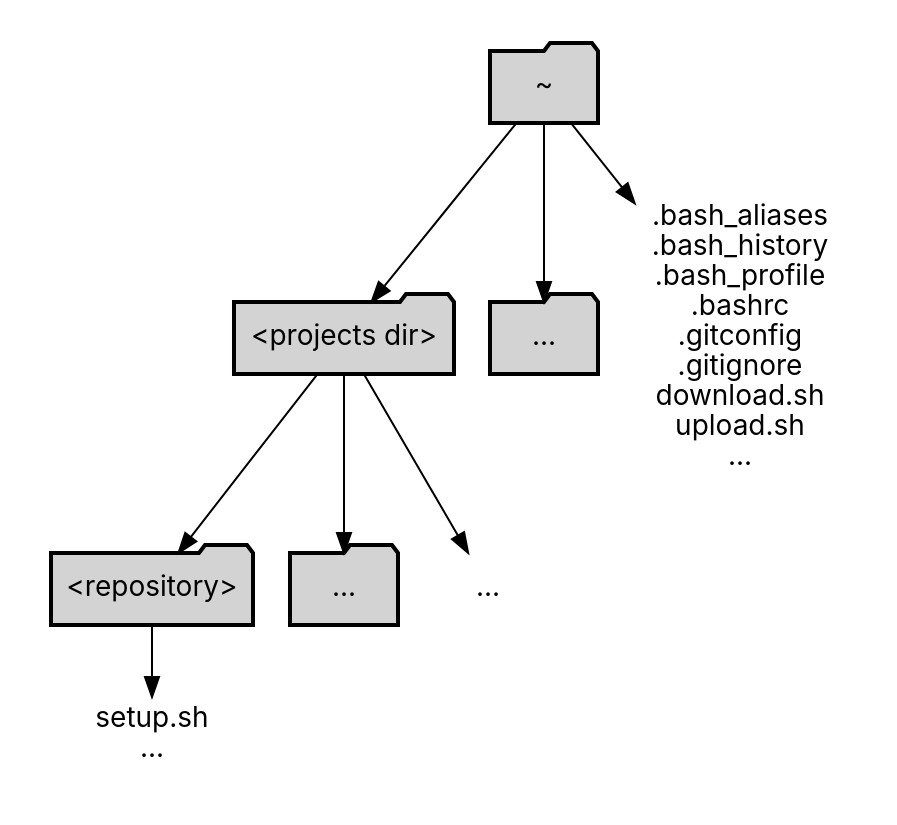
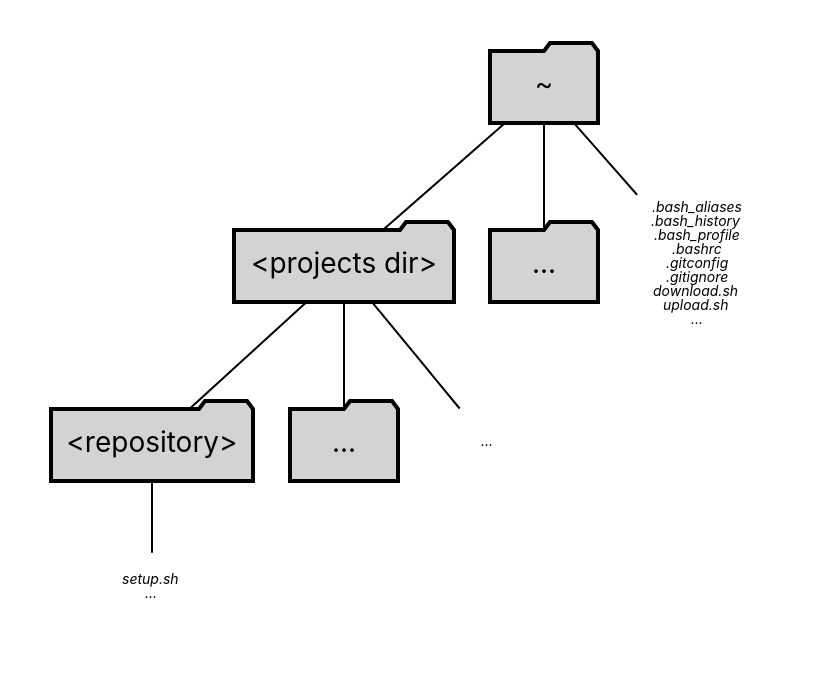
The diagram in Exemplos/Folder.gv (GiovaniPM/Graphs), drawn with Graphviz before and after one commit.

Commit message:
Giovani_Mesquita(RBST10164) 200122105229

```diff
--- a/Exemplos/Folder.gv
+++ b/Exemplos/Folder.gv
@@ -1,34 +1,35 @@
 digraph a {
   pad=0.25;
 
   node [fontname = "Handlee"
         shape="folder"
         style="filled,bold"
         color="black"
         fillcolor="lightgray"
         fontname="Inter"];
-  edge [];
+
+  edge [dir="none"];
 
   a [label="~"];
   b [label="<projects dir>"];
   c [label="..."];
   d [label="<repository>"];
   e [label="..."];
-  f [label=".bash_aliases\n.bash_history\n.bash_profile\n.bashrc\n.gitconfig\n.gitignore\ndownload.sh\nupload.sh\n..."
+  f [label=<<font color='black' point-size='7'><i>.bash_aliases<br/>.bash_history<br/>.bash_profile<br/>.bashrc<br/>.gitconfig<br/>.gitignore<br/>download.sh<br/>upload.sh<br/>...</i></font>>
      shape="plaintext"
      style=""]
-  g [label="..."
+  g [label=<<font color='black' point-size='7'><i>...</i></font>>
      shape="plaintext"
      style=""]
-  h [label="setup.sh\n..."
+  h [label=<<font color='black' point-size='7'><i>setup.sh<br/>...</i></font>>
      shape="plaintext"
      style=""]
 
   a -> b;
   a -> c;
+  a -> f;
   b -> d;
   b -> e;
-  a -> f;
   b -> g;
   d -> h;
 }
```
